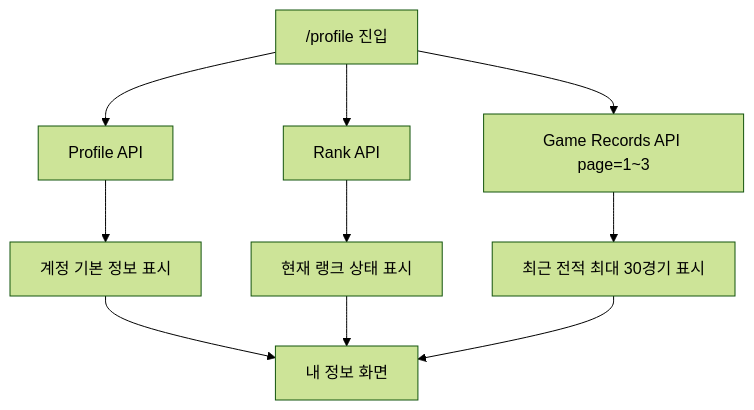
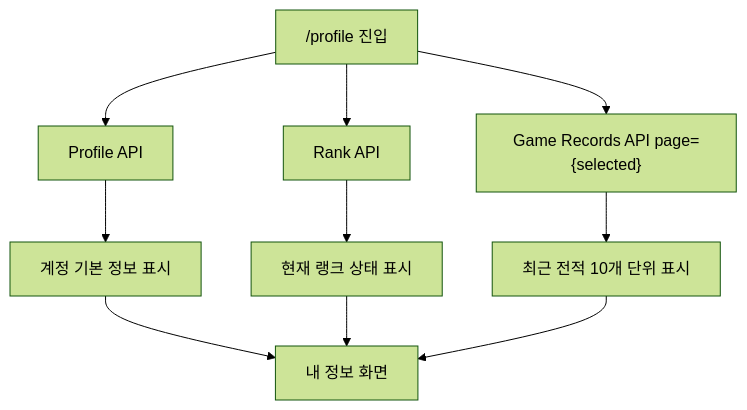
Before and after one commit to moonwhistle/League-of-Star: the second of 2 diagrams in docs/antigravity/frontend/issue-118-my-profile-page.md, drawn with Mermaid (forest theme). The commit also changed other lines of this file and 3 other files, not shown here.

````diff
--- a/docs/antigravity/frontend/issue-118-my-profile-page.md
+++ b/docs/antigravity/frontend/issue-118-my-profile-page.md
@@ -368,12 +369,12 @@
 ```mermaid
 flowchart TD
     A["/profile 진입"] --> B["Profile API"]
     A --> C["Rank API"]
-    A --> D["Game Records API page=1~3"]
+    A --> D["Game Records API page={selected}"]
     B --> E["계정 기본 정보 표시"]
     C --> F["현재 랭크 상태 표시"]
-    D --> G["최근 전적 최대 30경기 표시"]
+    D --> G["최근 전적 10개 단위 표시"]
     E --> H["내 정보 화면"]
     F --> H
     G --> H
 ```
````
